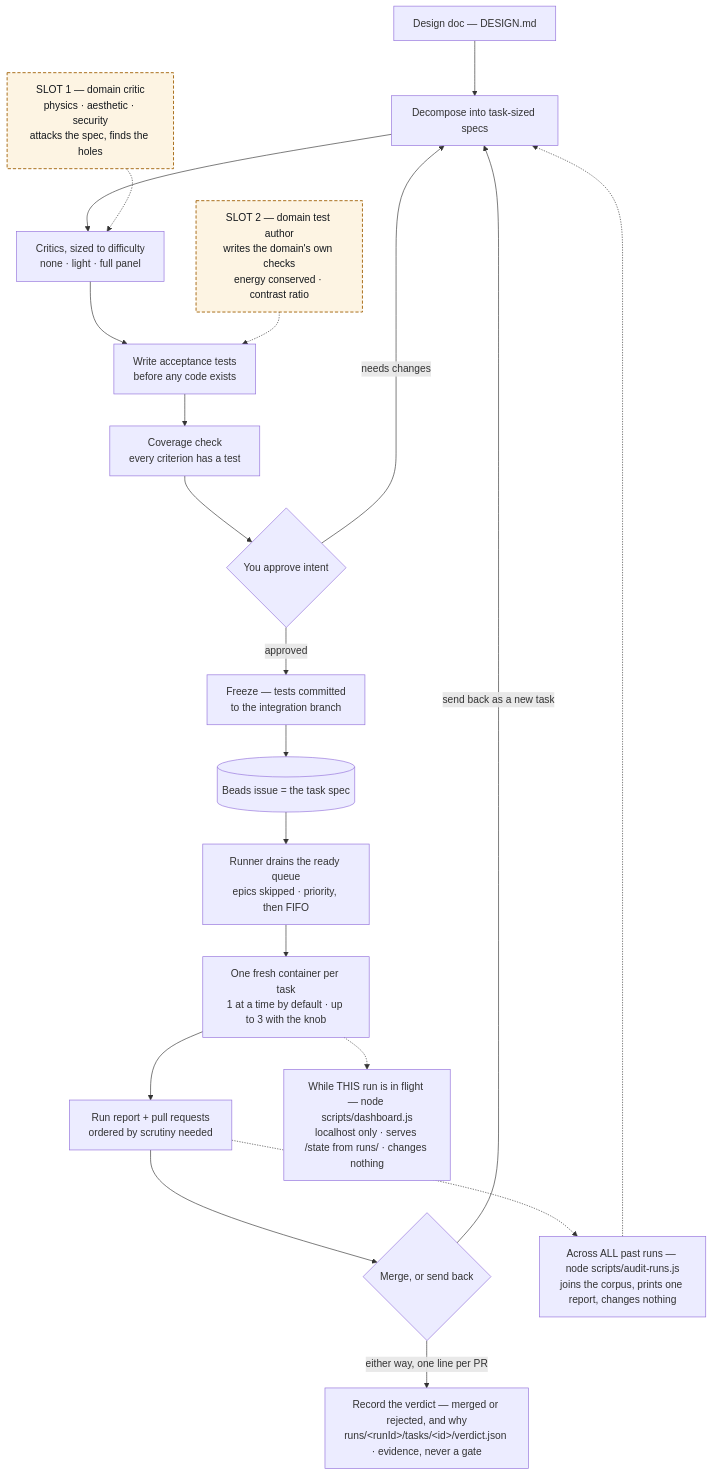
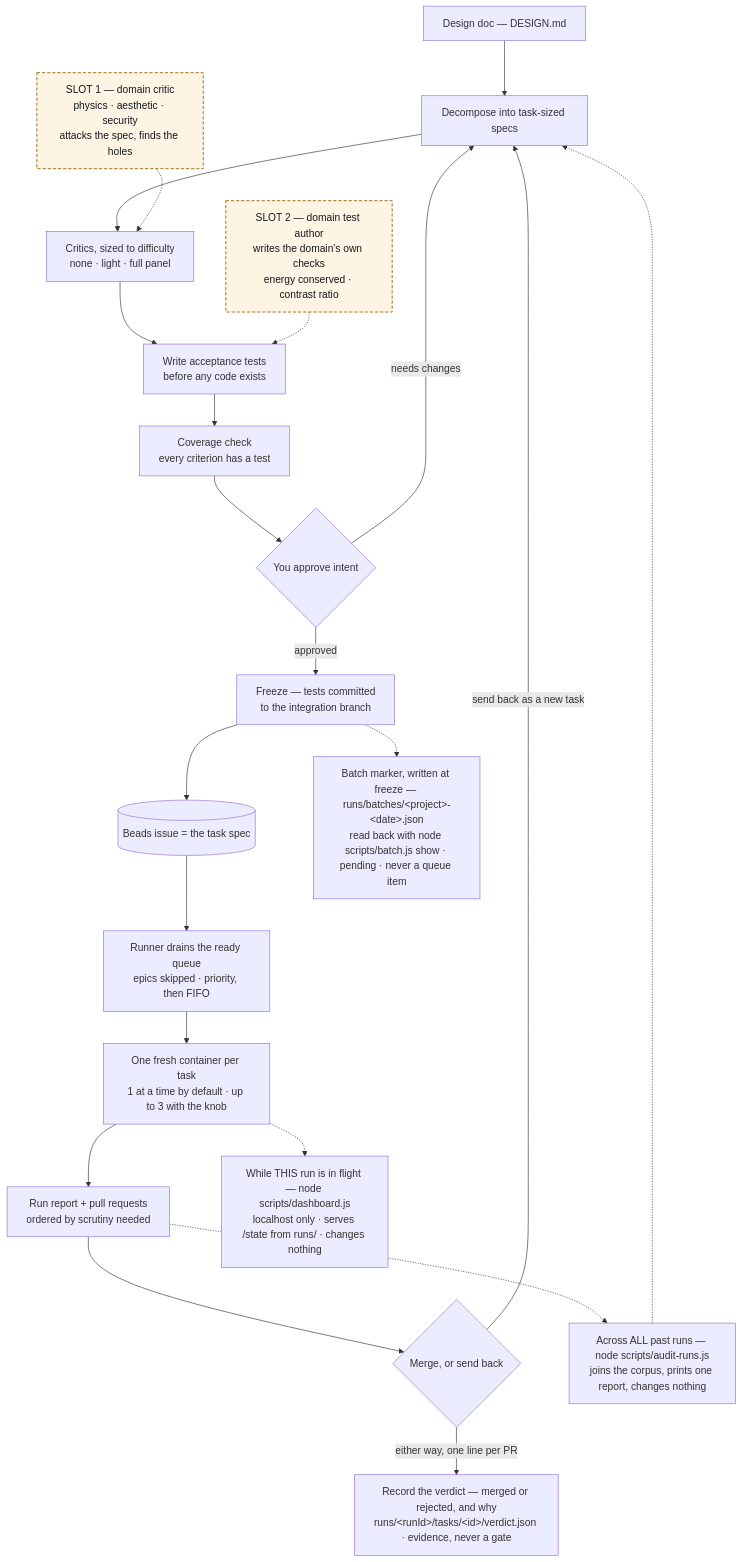
Before and after one commit to Chadleewalker/Multi-AgentPipelines: the first of 5 diagrams in docs/pipeline-diagram.md, drawn with Mermaid. The commit also changed other lines of this file and 6 other files, not shown here.

````diff
--- a/docs/pipeline-diagram.md
+++ b/docs/pipeline-diagram.md
@@ -14,25 +14,26 @@
 ```mermaid
 flowchart TB
   A["Design doc — DESIGN.md"] --> B["Decompose into task-sized specs"]
   B --> C["Critics, sized to difficulty<br/>none · light · full panel"]
   SP1["SLOT 1 — domain critic<br/>physics · aesthetic · security<br/>attacks the spec, finds the holes"] -.-> C
   C --> D["Write acceptance tests<br/>before any code exists"]
   SP2["SLOT 2 — domain test author<br/>writes the domain's own checks<br/>energy conserved · contrast ratio"] -.-> D
   D --> E["Coverage check<br/>every criterion has a test"]
   E --> F{"You approve intent"}
   F -->|"needs changes"| B
   F -->|"approved"| G["Freeze — tests committed<br/>to the integration branch"]
   G --> H[("Beads issue = the task spec")]
+  G -.-> BM["Batch marker, written at freeze — runs/batches/&lt;project&gt;-&lt;date&gt;.json<br/>read back with node scripts/batch.js show · pending · never a queue item"]
   H --> I["Runner drains the ready queue<br/>epics skipped · priority, then FIFO"]
   I --> J["One fresh container per task<br/>1 at a time by default · up to 3 with the knob"]
   J --> K["Run report + pull requests<br/>ordered by scrutiny needed"]
   K --> L{"Merge, or send back"}
   L -->|"send back as a new task"| B
   L -->|"either way, one line per PR"| VD["Record the verdict — merged or rejected, and why<br/>runs/&lt;runId&gt;/tasks/&lt;id&gt;/verdict.json · evidence, never a gate"]
   K -.-> AUD["Across ALL past runs — node scripts/audit-runs.js<br/>joins the corpus, prints one report, changes nothing"]
   AUD -.-> B
   J -.-> DASH["While THIS run is in flight — node scripts/dashboard.js<br/>localhost only · serves /state from runs/ · changes nothing"]
 
   classDef specialist fill:#fdf4e3,stroke:#a86c17,stroke-width:1.5px,stroke-dasharray:5 3,color:#14181d
   class SP1,SP2 specialist
 ```
````
